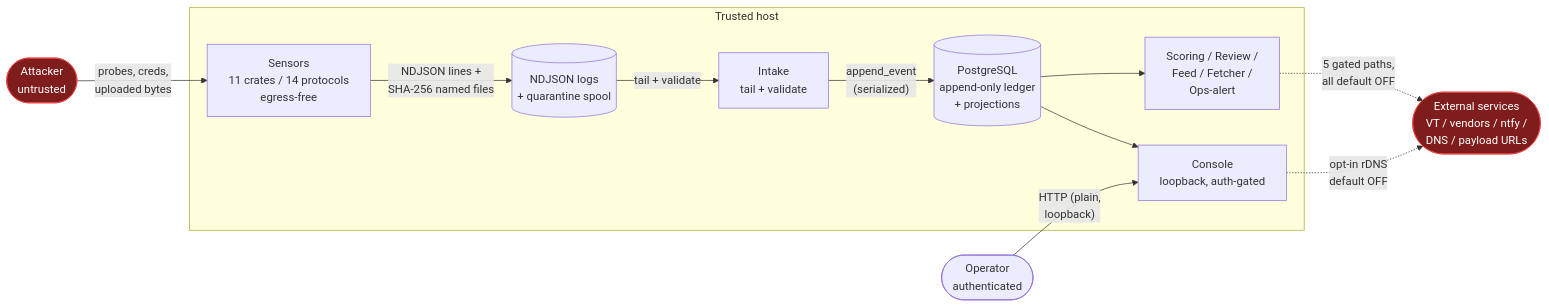
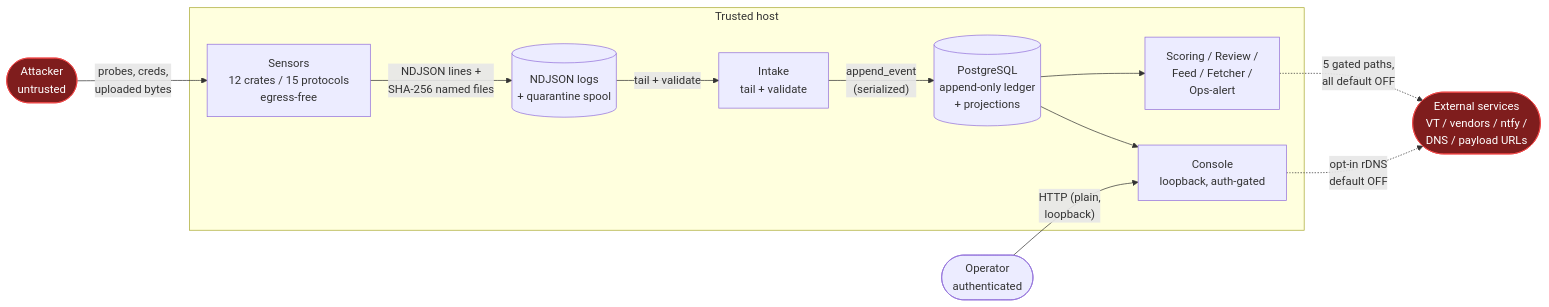
One commit to brandontroidl/Propolis changed the diagram in docs/architecture/trust-boundaries-and-data-flows.md. Above: the diagram before and after it, drawn with Mermaid. The commit also changed other lines of this file and 33 other files, not shown here.

````diff
--- a/docs/architecture/trust-boundaries-and-data-flows.md
+++ b/docs/architecture/trust-boundaries-and-data-flows.md
@@ -33,30 +33,30 @@
 ```mermaid
 flowchart LR
     attacker([Attacker<br/>untrusted])
 
     subgraph host[Trusted host]
-        sensors[Sensors<br/>11 crates / 14 protocols<br/>egress-free]
+        sensors[Sensors<br/>12 crates / 15 protocols<br/>egress-free]
         logs[(NDJSON logs<br/>+ quarantine spool)]
         intake[Intake<br/>tail + validate]
         db[(PostgreSQL<br/>append-only ledger<br/>+ projections)]
         platform[Scoring / Review /<br/>Feed / Fetcher /<br/>Ops-alert]
         console[Console<br/>loopback, auth-gated]
     end
 
     operator([Operator<br/>authenticated])
     ext([External services<br/>VT / vendors / ntfy /<br/>DNS / payload URLs])
 
     attacker -->|"probes, creds,<br/>uploaded bytes"| sensors
     sensors -->|"NDJSON lines +<br/>SHA-256 named files"| logs
     logs -->|tail + validate| intake
     intake -->|"append_event<br/>(serialized)"| db
     db --> platform
     db --> console
     operator -->|"HTTP (plain,<br/>loopback)"| console
     platform -.->|"5 gated paths,<br/>all default OFF"| ext
     console -.->|"opt-in rDNS<br/>default OFF"| ext
 
     classDef untrusted fill:#7f1d1d,stroke:#ef4444,color:#fff
     classDef gated stroke-dasharray:5 5
     class attacker,ext untrusted
 ```
````
